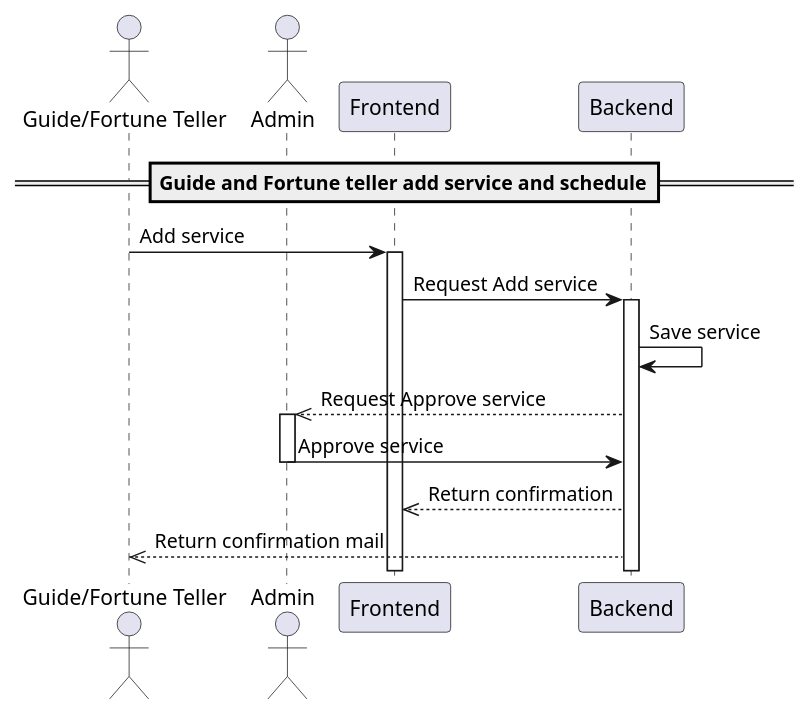
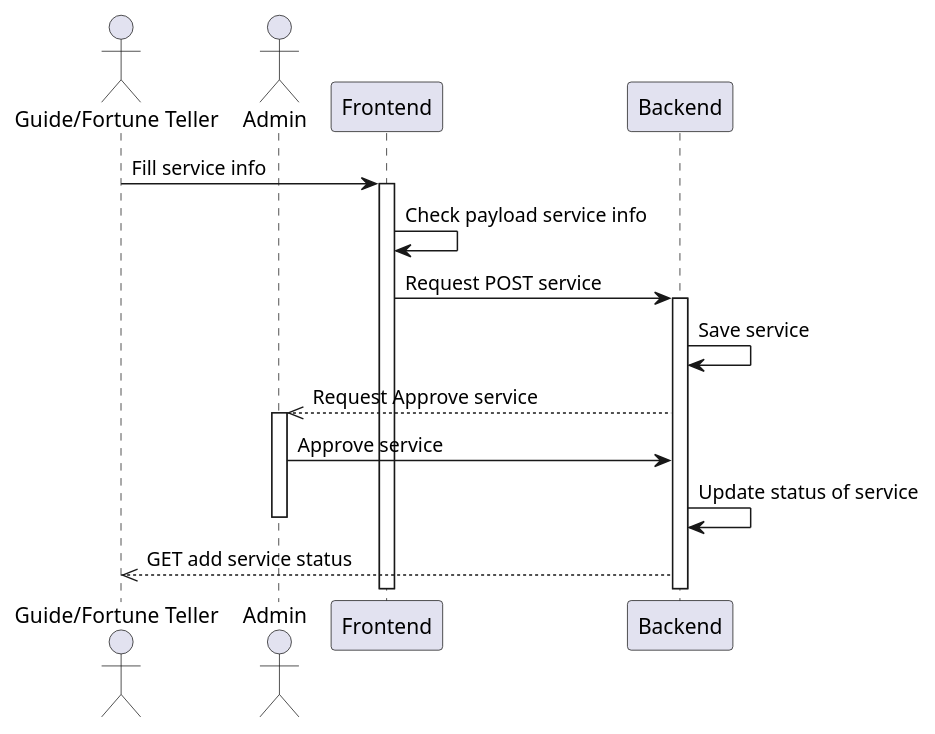
One commit to Nxwbtk/SA-Diagram changed the fourth of 7 diagrams in Sequence-diagram.plantuml. Above: the diagram before and after it, drawn with PlantUML. The commit also changed other lines of this file and 10 other files, not shown here.

Commit message:
Update sequence

```diff
--- a/Sequence-diagram.plantuml
+++ b/Sequence-diagram.plantuml
@@ -105,18 +112,18 @@
 @startuml
-==Guide and Fortune teller add service and schedule==
 actor "Guide/Fortune Teller" as GF
 actor Admin
 participant "Frontend" as FE
 participant "Backend" as BE
-GF -> FE: Add service
+GF -> FE: Fill service info
 activate FE
-FE -> BE: Request Add service
+FE -> FE: Check payload service info
+FE -> BE: Request POST service
 activate BE
 BE -> BE: Save service
 BE -->> Admin: Request Approve service
 activate Admin
 Admin -> BE: Approve service
+BE -> BE: Update status of service
 deactivate Admin
-BE -->> FE: Return confirmation
-BE -->> GF: Return confirmation mail
+BE -->> GF: GET add service status
 @enduml
```
